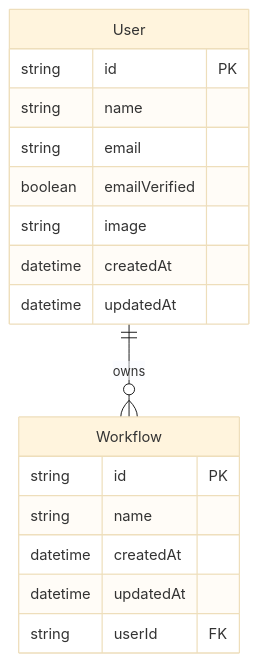
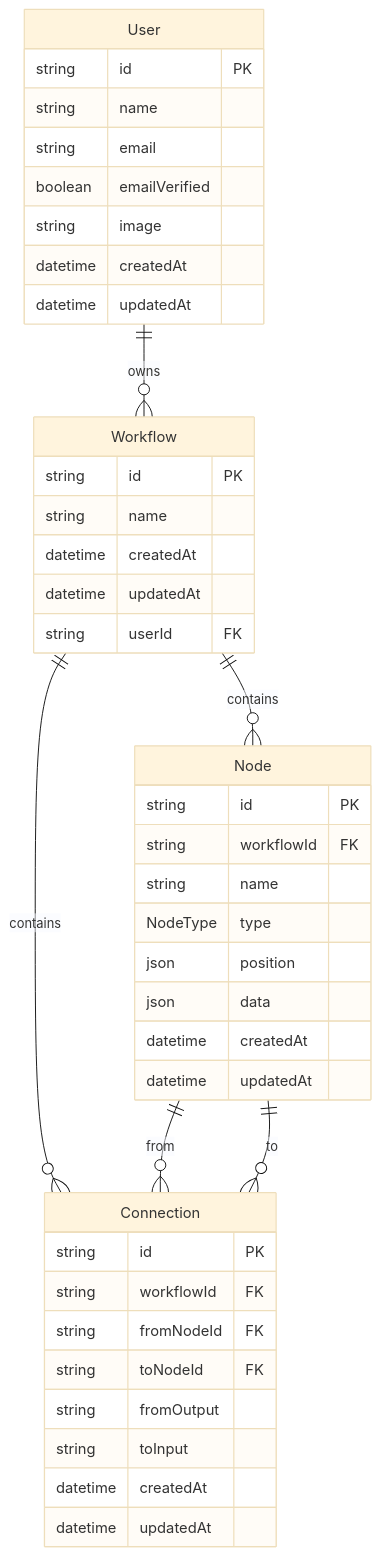
One commit to shaynemeyer/n8n-clone changed the second of 12 diagrams in docs/workflows-feature.md. Above: the diagram before and after it, drawn with Mermaid (base theme). The commit also changed other lines of this file and 2 other files, not shown here.

````diff
--- a/docs/workflows-feature.md
+++ b/docs/workflows-feature.md
@@ -115,20 +161,45 @@
 ```mermaid
 erDiagram
     User ||--o{ Workflow : owns
+    Workflow ||--o{ Node : contains
+    Workflow ||--o{ Connection : contains
+    Node ||--o{ Connection : "from"
+    Node ||--o{ Connection : "to"
+
     User {
         string id PK
         string name
         string email
         boolean emailVerified
         string image
         datetime createdAt
         datetime updatedAt
     }
     Workflow {
         string id PK
         string name
         datetime createdAt
         datetime updatedAt
         string userId FK
     }
+    Node {
+        string id PK
+        string workflowId FK
+        string name
+        NodeType type
+        json position
+        json data
+        datetime createdAt
+        datetime updatedAt
+    }
+    Connection {
+        string id PK
+        string workflowId FK
+        string fromNodeId FK
+        string toNodeId FK
+        string fromOutput
+        string toInput
+        datetime createdAt
+        datetime updatedAt
+    }
 ```
````
